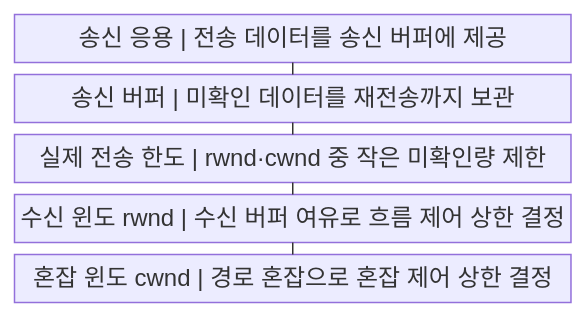
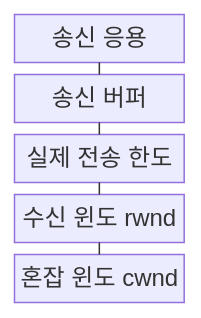
Before and after one commit to agnusdei1207/knowledge-base: the first of 2 diagrams in src/content/docs/notes/04-network/028_flow_control.md, drawn with Mermaid. The commit also changed other lines of this file and 122 other files, not shown here.

````diff
--- a/src/content/docs/notes/04-network/028_flow_control.md
+++ b/src/content/docs/notes/04-network/028_flow_control.md
@@ -57,13 +61,13 @@
 ```mermaid
-block
+block-beta
     columns 1
-    A["송신 응용 | 전송 데이터를 송신 버퍼에 제공"]
-    B["송신 버퍼 | 미확인 데이터를 재전송까지 보관"]
-    C["실제 전송 한도 | rwnd·cwnd 중 작은 미확인량 제한"]
-    D["수신 윈도 rwnd | 수신 버퍼 여유로 흐름 제어 상한 결정"]
-    E["혼잡 윈도 cwnd | 경로 혼잡으로 혼잡 제어 상한 결정"]
+    A["송신 응용"]
+    B["송신 버퍼"]
+    C["실제 전송 한도"]
+    D["수신 윈도 rwnd"]
+    E["혼잡 윈도 cwnd"]
     A --- B
     B --- C
     C --- D
     D --- E
 ```
````
